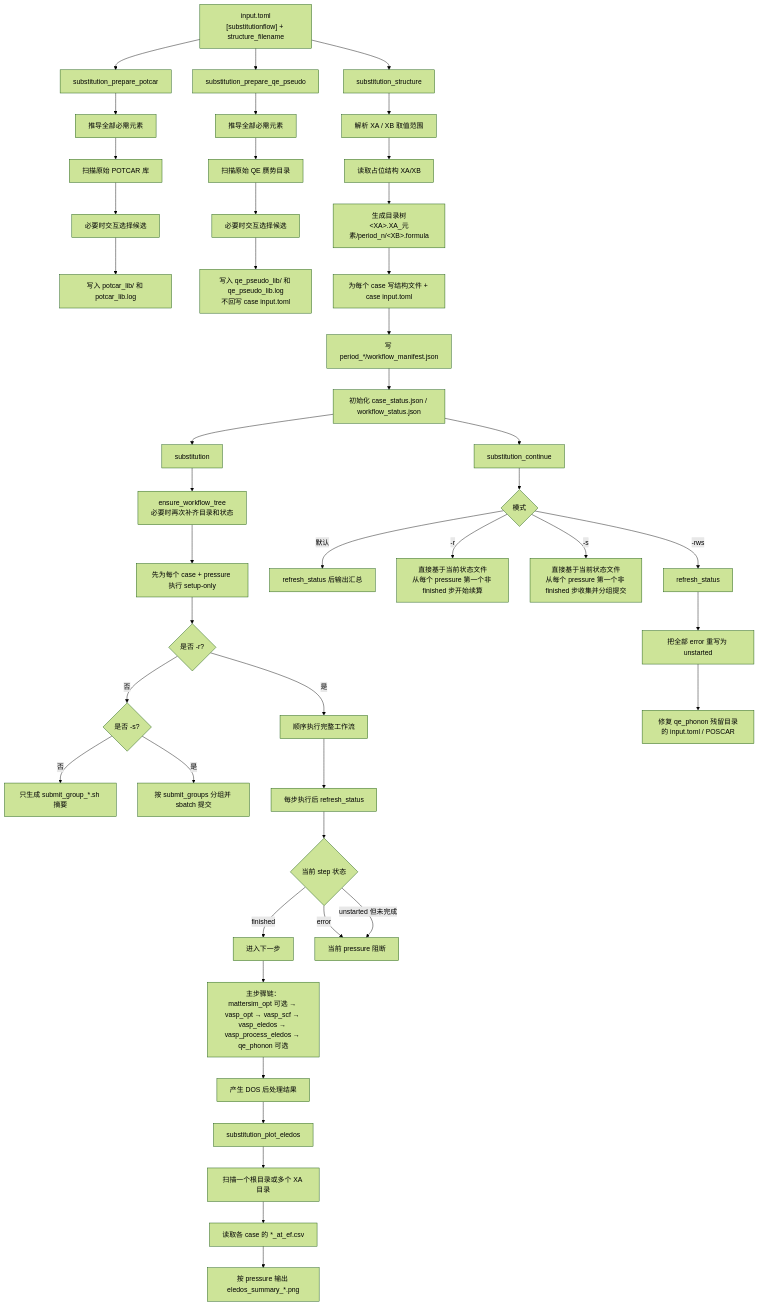
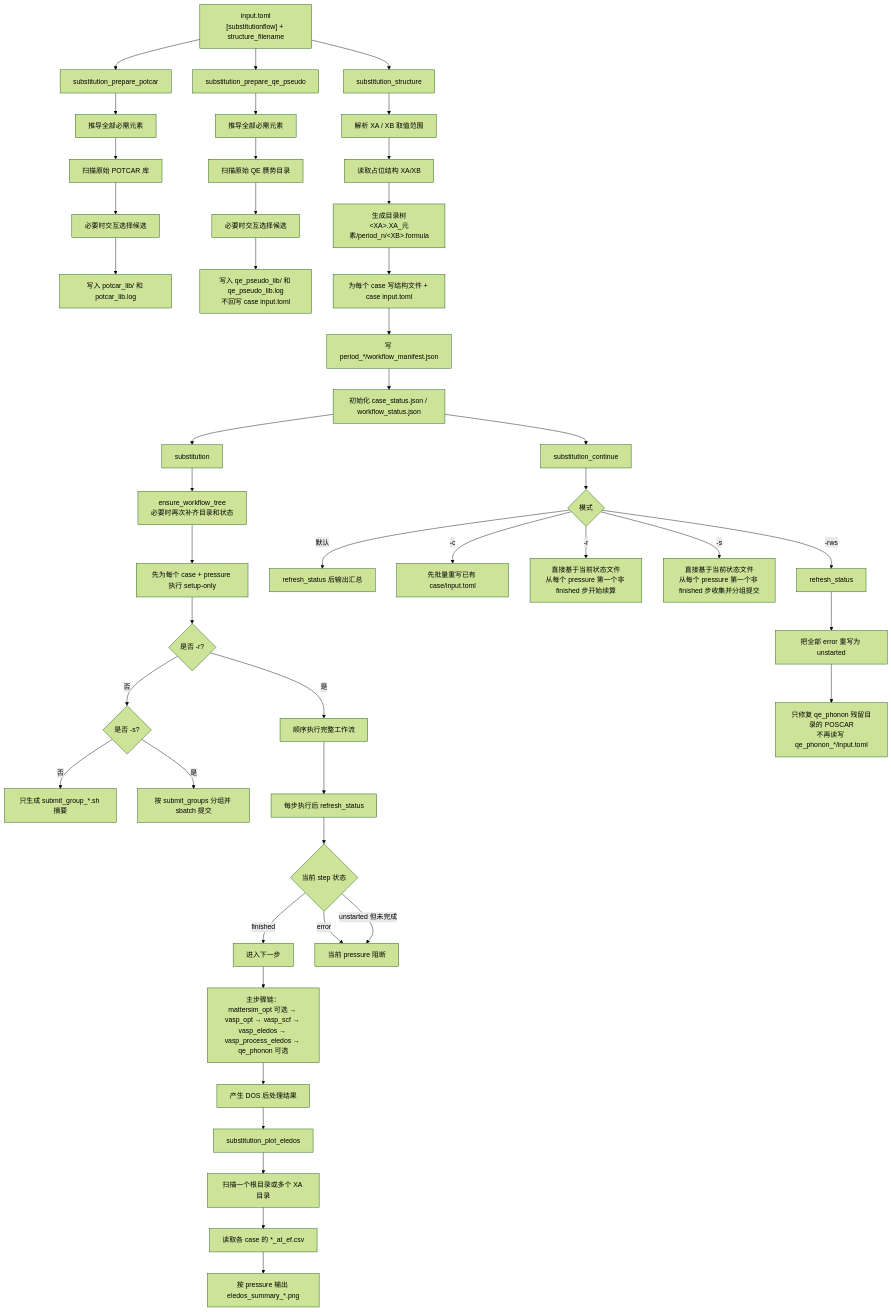
Before and after one commit to JLU-ICCMS-MaYuan/dftflow: the diagram in substitutionflow/substitutionflow-cli-flow.mmd, drawn with Mermaid (forest theme). The commit also changed 11 other files, not shown here.

Commit message:
[2026-04-26 11:17:42] 重构：废弃 qe_phonon input.toml 副本并新增 substitution_continue -c

```diff
--- a/substitutionflow/substitutionflow-cli-flow.mmd
+++ b/substitutionflow/substitutionflow-cli-flow.mmd
@@ -1,56 +1,57 @@
 ---
 id: 61c1c106-7cba-4135-88e9-749bc5ab8a44
 ---
 flowchart TD
     A["input.toml<br/>[substitutionflow] + structure_filename"] --> B["substitution_structure"]
     A --> C["substitution_prepare_potcar"]
     A --> D["substitution_prepare_qe_pseudo"]
 
     C --> C1["推导全部必需元素"]
     C1 --> C2["扫描原始 POTCAR 库"]
     C2 --> C3["必要时交互选择候选"]
     C3 --> C4["写入 potcar_lib/ 和 potcar_lib.log"]
 
     D --> D1["推导全部必需元素"]
     D1 --> D2["扫描原始 QE 赝势目录"]
     D2 --> D3["必要时交互选择候选"]
     D3 --> D4["写入 qe_pseudo_lib/ 和 qe_pseudo_lib.log<br/>不回写 case input.toml"]
 
     B --> B1["解析 XA / XB 取值范围"]
     B1 --> B2["读取占位结构 XA/XB"]
     B2 --> B3["生成目录树<br/>&lt;XA&gt;.XA_元素/period_n/&lt;XB&gt;.formula"]
     B3 --> B4["为每个 case 写结构文件 + case input.toml"]
     B4 --> B5["写 period_*/workflow_manifest.json"]
     B5 --> B6["初始化 case_status.json / workflow_status.json"]
 
     B6 --> E["substitution"]
 
     E --> E1["ensure_workflow_tree<br/>必要时再次补齐目录和状态"]
     E1 --> E2["先为每个 case + pressure 执行 setup-only"]
     E2 --> E3{"是否 -r?"}
     E3 -->|否| E4{"是否 -s?"}
     E3 -->|是| F["顺序执行完整工作流"]
     E4 -->|否| E5["只生成 submit_group_*.sh 摘要"]
     E4 -->|是| E6["按 submit_groups 分组并 sbatch 提交"]
 
     F --> F1["每步执行后 refresh_status"]
     F1 --> F2{"当前 step 状态"}
     F2 -->|finished| F3["进入下一步"]
     F2 -->|error| F4["当前 pressure 阻断"]
     F2 -->|unstarted 但未完成| F4
     F3 --> F5["主步骤链：<br/>mattersim_opt 可选 → vasp_opt → vasp_scf → vasp_eledos → vasp_process_eledos → qe_phonon 可选"]
 
     B6 --> G["substitution_continue"]
     G --> G1{"模式"}
     G1 -->|默认| G2["refresh_status 后输出汇总"]
+    G1 -->| -c | G2A["先批量重写已有 case/input.toml"]
     G1 -->| -r | G3["直接基于当前状态文件<br/>从每个 pressure 第一个非 finished 步开始续算"]
     G1 -->| -s | G4["直接基于当前状态文件<br/>从每个 pressure 第一个非 finished 步收集并分组提交"]
     G1 -->| -rws | G5["refresh_status"]
     G5 --> G6["把全部 error 重写为 unstarted"]
-    G6 --> G7["修复 qe_phonon 残留目录的 input.toml / POSCAR"]
+    G6 --> G7["只修复 qe_phonon 残留目录的 POSCAR<br/>不再读写 qe_phonon_*/input.toml"]
 
     F5 --> H["产生 DOS 后处理结果"]
     H --> I["substitution_plot_eledos"]
     I --> I1["扫描一个根目录或多个 XA 目录"]
     I1 --> I2["读取各 case 的 *_at_ef.csv"]
     I2 --> I3["按 pressure 输出 eledos_summary_*.png"]
```
